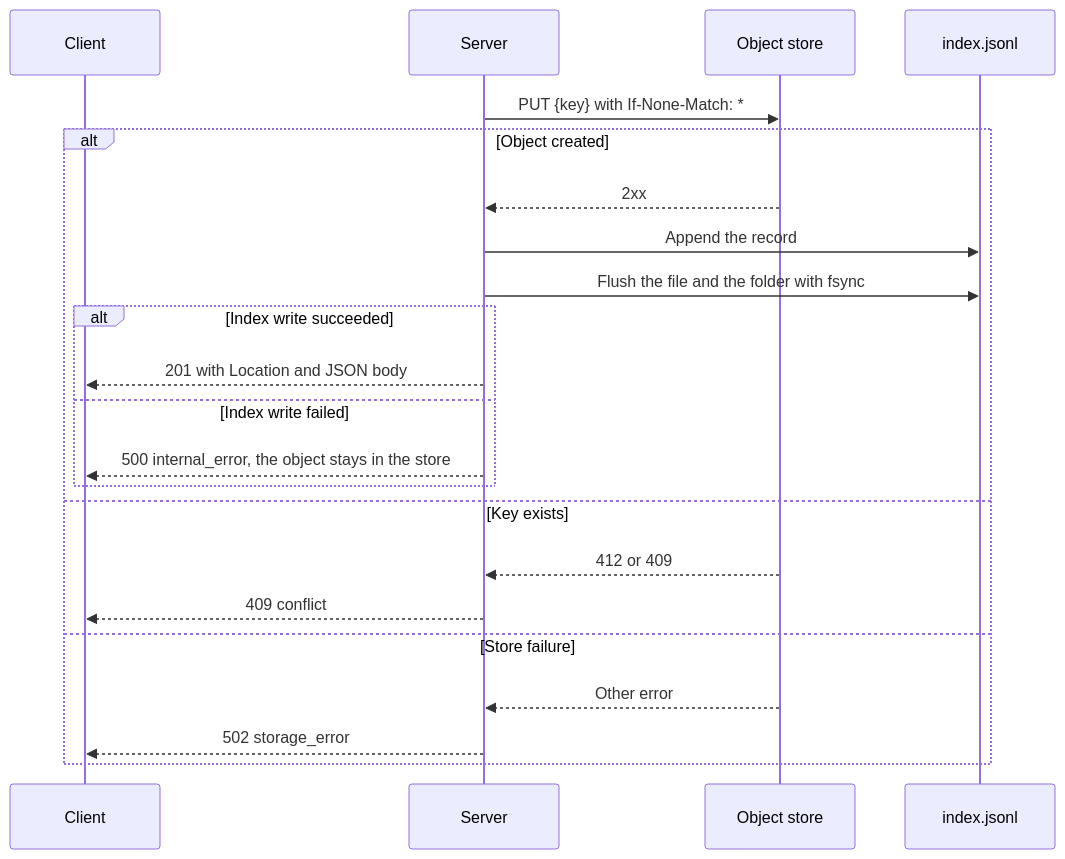
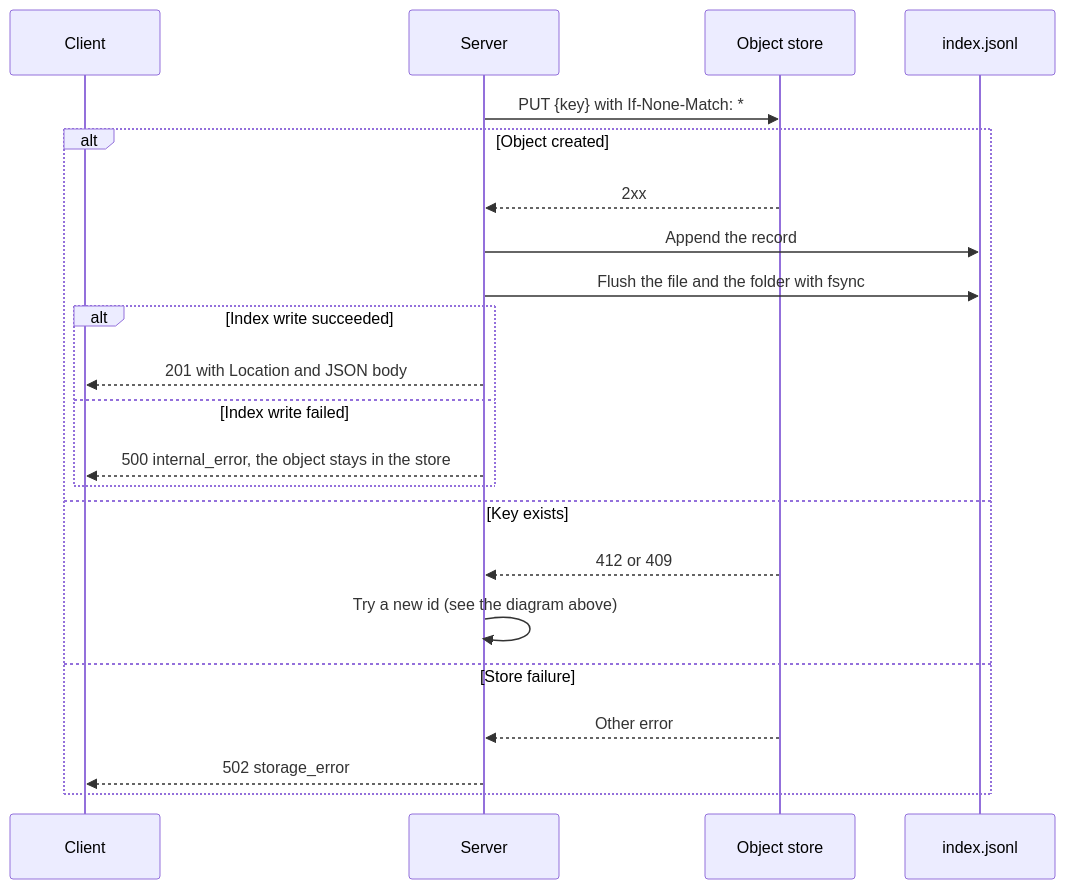
Before and after one commit to esukram/fileslop: the second of 2 diagrams in docs/prds/PRD-upload.md, drawn with Mermaid. The commit also changed other lines of this file and 20 other files, not shown here.

````diff
--- a/docs/prds/PRD-upload.md
+++ b/docs/prds/PRD-upload.md
@@ -83,24 +86,24 @@
 ```mermaid
 sequenceDiagram
   participant C as Client
   participant S as Server
   participant O as Object store
   participant I as index.jsonl
   S->>O: PUT {key} with If-None-Match: *
   alt Object created
     O-->>S: 2xx
     S->>I: Append the record
     S->>I: Flush the file and the folder with fsync
     alt Index write succeeded
       S-->>C: 201 with Location and JSON body
     else Index write failed
       S-->>C: 500 internal_error, the object stays in the store
     end
   else Key exists
     O-->>S: 412 or 409
-    S-->>C: 409 conflict
+    S->>S: Try a new id (see the diagram above)
   else Store failure
     O-->>S: Other error
     S-->>C: 502 storage_error
   end
 ```
````
